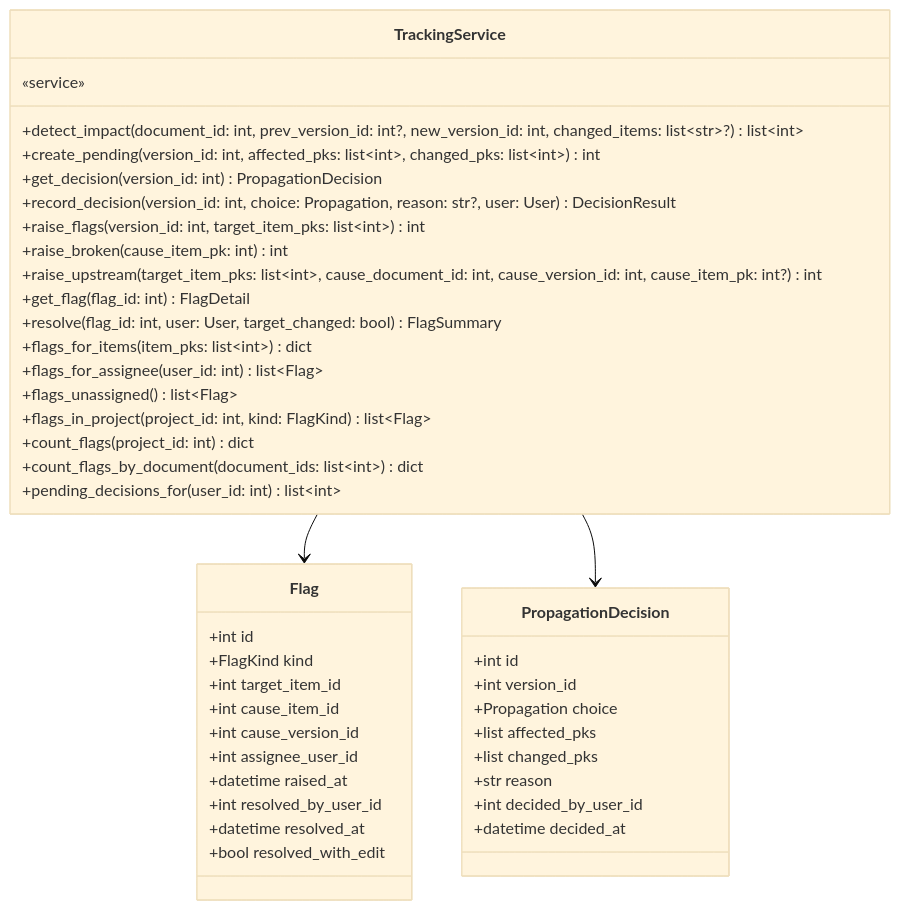
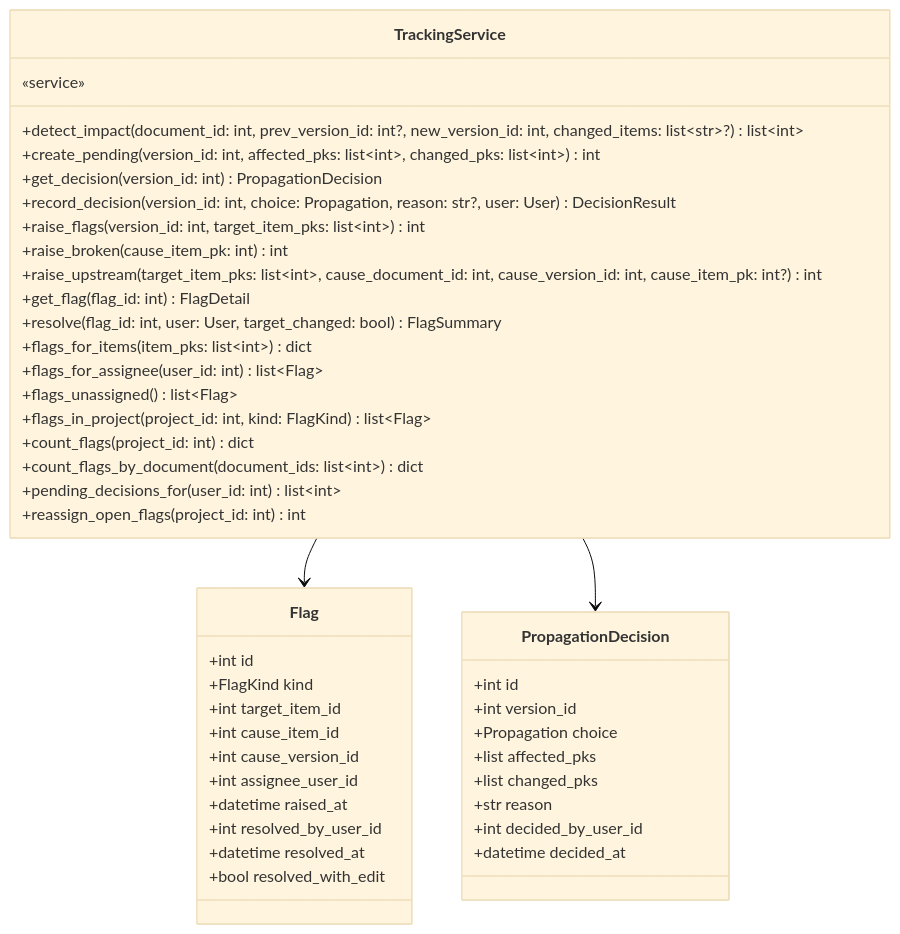
Before and after one commit to HoyoungParkme/syncdoc: diagram 19 of 21 in docs/specs/06-DOM/SYNC-DOM-002.md, drawn with Mermaid (base theme). The commit also changed other lines of this file and 2 other files, not shown here.

````diff
--- a/docs/specs/06-DOM/SYNC-DOM-002.md
+++ b/docs/specs/06-DOM/SYNC-DOM-002.md
@@ -747,46 +767,47 @@
 ```mermaid
 classDiagram
     class TrackingService {
         «service»
         +detect_impact(document_id: int, prev_version_id: int?, new_version_id: int, changed_items: list~str~?) list~int~
         +create_pending(version_id: int, affected_pks: list~int~, changed_pks: list~int~) int
         +get_decision(version_id: int) PropagationDecision
         +record_decision(version_id: int, choice: Propagation, reason: str?, user: User) DecisionResult
         +raise_flags(version_id: int, target_item_pks: list~int~) int
         +raise_broken(cause_item_pk: int) int
         +raise_upstream(target_item_pks: list~int~, cause_document_id: int, cause_version_id: int, cause_item_pk: int?) int
         +get_flag(flag_id: int) FlagDetail
         +resolve(flag_id: int, user: User, target_changed: bool) FlagSummary
         +flags_for_items(item_pks: list~int~) dict
         +flags_for_assignee(user_id: int) list~Flag~
         +flags_unassigned() list~Flag~
         +flags_in_project(project_id: int, kind: FlagKind) list~Flag~
         +count_flags(project_id: int) dict
         +count_flags_by_document(document_ids: list~int~) dict
         +pending_decisions_for(user_id: int) list~int~
+        +reassign_open_flags(project_id: int) int
     }
     class Flag {
         +int id
         +FlagKind kind
         +int target_item_id
         +int cause_item_id
         +int cause_version_id
         +int assignee_user_id
         +datetime raised_at
         +int resolved_by_user_id
         +datetime resolved_at
         +bool resolved_with_edit
     }
     class PropagationDecision {
         +int id
         +int version_id
         +Propagation choice
         +list affected_pks
         +list changed_pks
         +str reason
         +int decided_by_user_id
         +datetime decided_at
     }
     TrackingService --> Flag
     TrackingService --> PropagationDecision
 ```
````
